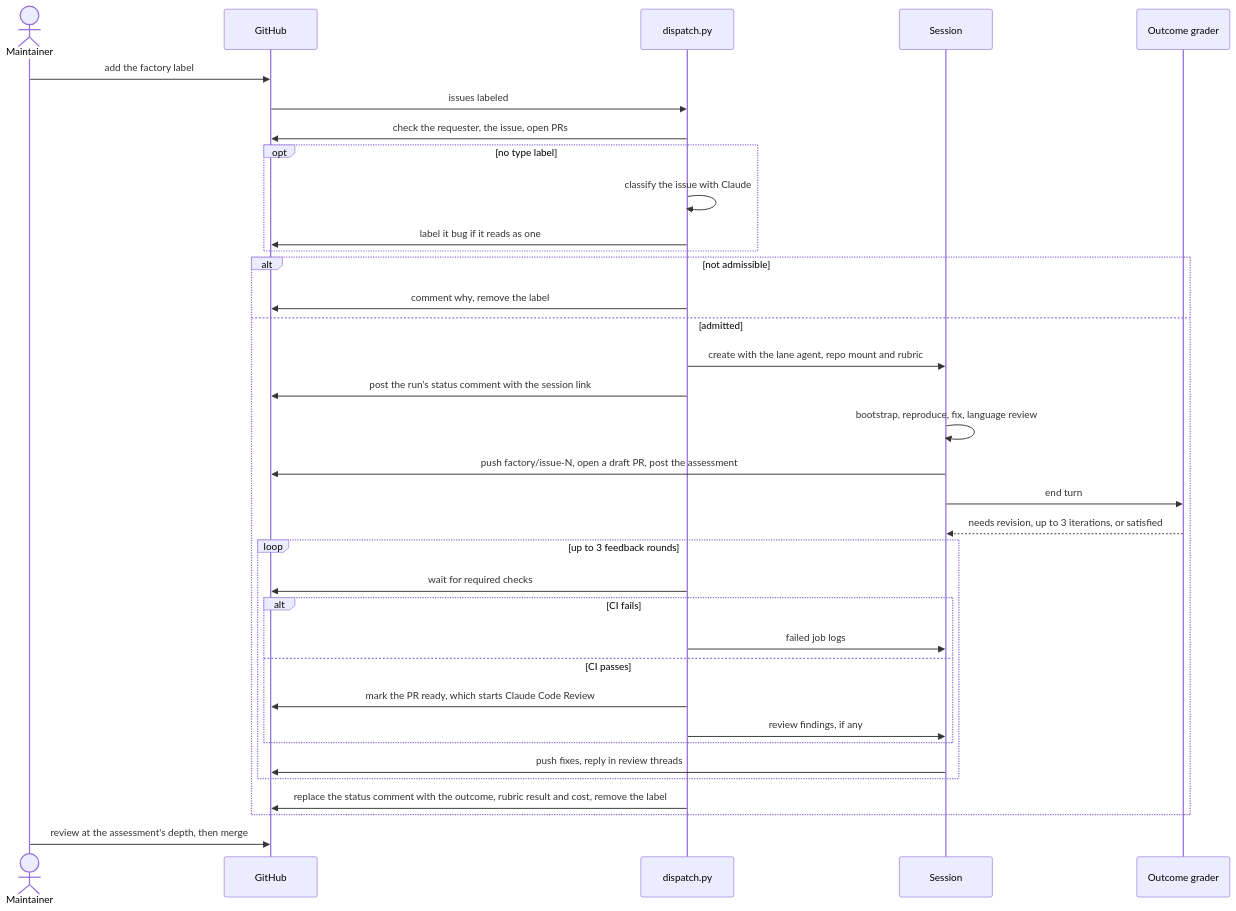
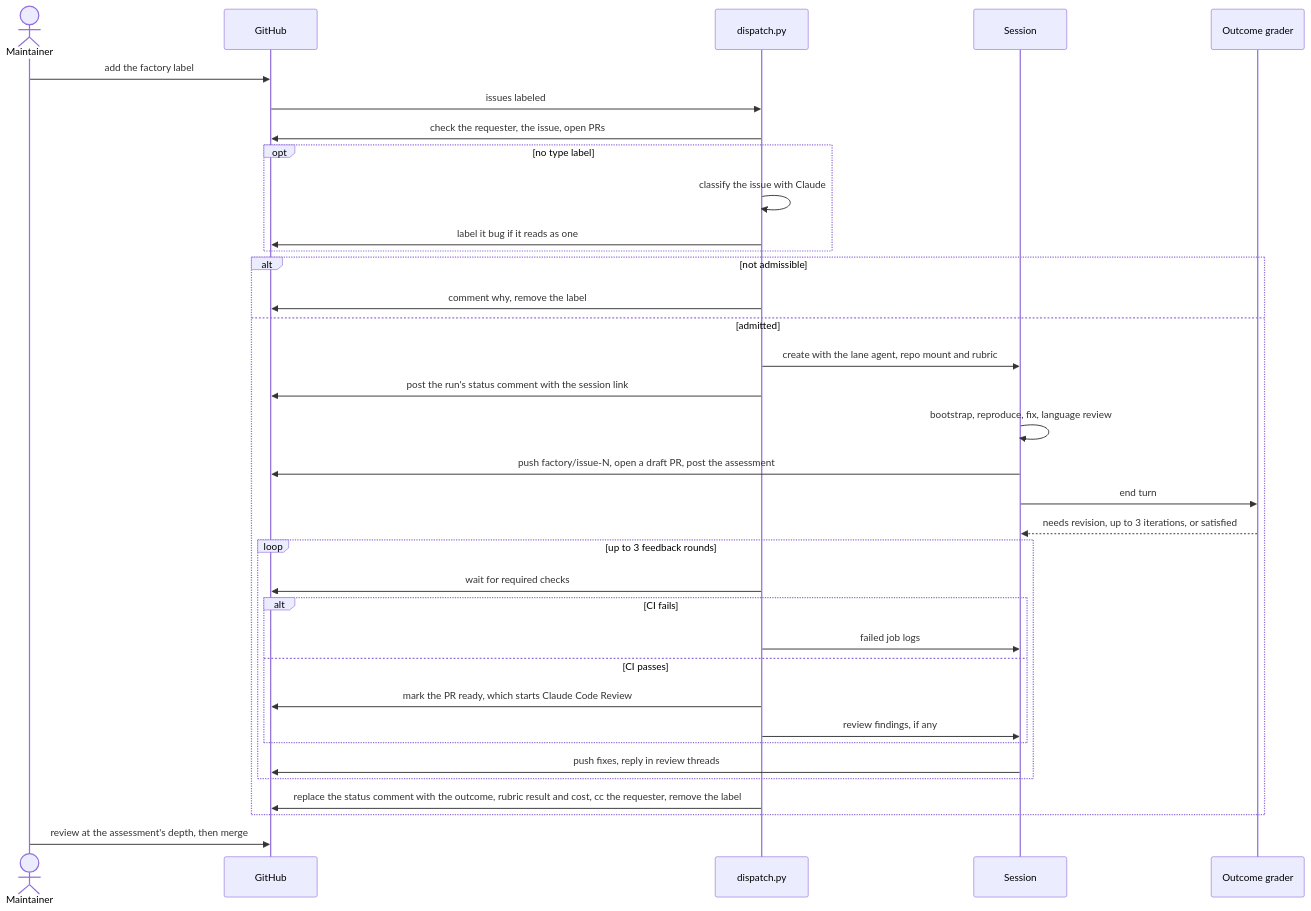
One commit to Arize-ai/openinference changed the third of 5 diagrams in factory/README.md. Above: the diagram before and after it, drawn with Mermaid. The commit also changed other lines of this file and 4 other files, not shown here.

Commit message:
feat(factory): cc the requester on every factory comment (#4250)

````diff
--- a/factory/README.md
+++ b/factory/README.md
@@ -111,38 +111,38 @@
 ```mermaid
 sequenceDiagram
   actor maintainer as Maintainer
   participant github as GitHub
   participant dispatch as dispatch.py
   participant session as Session
   participant grader as Outcome grader
 
   maintainer->>github: add the factory label
   github->>dispatch: issues labeled
   dispatch->>github: check the requester, the issue, open PRs
   opt no type label
     dispatch->>dispatch: classify the issue with Claude
     dispatch->>github: label it bug if it reads as one
   end
   alt not admissible
     dispatch->>github: comment why, remove the label
   else admitted
     dispatch->>session: create with the lane agent, repo mount and rubric
     dispatch->>github: post the run's status comment with the session link
     session->>session: bootstrap, reproduce, fix, language review
     session->>github: push factory/issue-N, open a draft PR, post the assessment
     session->>grader: end turn
     grader-->>session: needs revision, up to 3 iterations, or satisfied
     loop up to 3 feedback rounds
       dispatch->>github: wait for required checks
       alt CI fails
         dispatch->>session: failed job logs
       else CI passes
         dispatch->>github: mark the PR ready, which starts Claude Code Review
         dispatch->>session: review findings, if any
       end
       session->>github: push fixes, reply in review threads
     end
-    dispatch->>github: replace the status comment with the outcome, rubric result and cost, remove the label
+    dispatch->>github: replace the status comment with the outcome, rubric result and cost, cc the requester, remove the label
   end
   maintainer->>github: review at the assessment's depth, then merge
 ```
````
